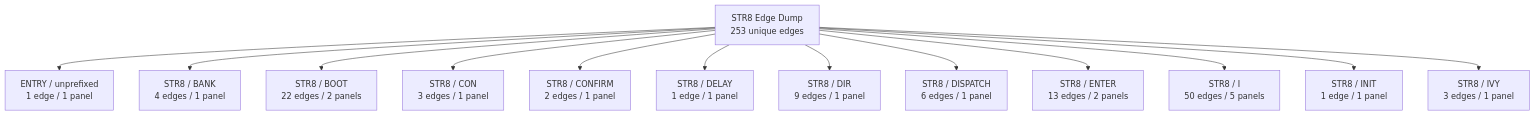
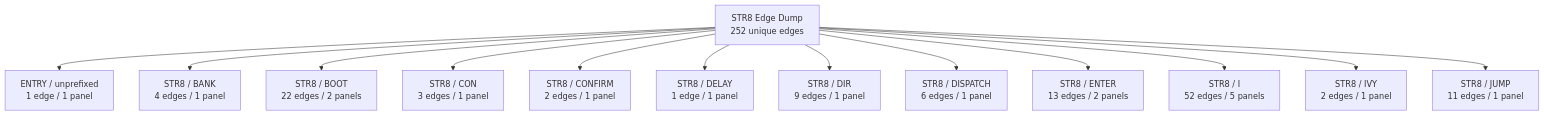
Before and after one commit to 95westus/R-YORS: the first of 42 diagrams in DOC/GUIDES/STR8/STR8_EDGE_DUMP.md, drawn with Mermaid. The commit also changed other lines of this file and 25 other files, not shown here.

````diff
--- a/DOC/GUIDES/STR8/STR8_EDGE_DUMP.md
+++ b/DOC/GUIDES/STR8/STR8_EDGE_DUMP.md
@@ -26,15 +26,15 @@
 ```mermaid
 flowchart TD
-    EDGE_ATLAS_ROOT_0["STR8 Edge Dump<br/>253 unique edges"] --> EDGE_FAMILY_0_0["ENTRY / unprefixed<br/>1 edge / 1 panel"]
-    EDGE_ATLAS_ROOT_0["STR8 Edge Dump<br/>253 unique edges"] --> EDGE_FAMILY_0_1["STR8 / BANK<br/>4 edges / 1 panel"]
-    EDGE_ATLAS_ROOT_0["STR8 Edge Dump<br/>253 unique edges"] --> EDGE_FAMILY_0_2["STR8 / BOOT<br/>22 edges / 2 panels"]
-    EDGE_ATLAS_ROOT_0["STR8 Edge Dump<br/>253 unique edges"] --> EDGE_FAMILY_0_3["STR8 / CON<br/>3 edges / 1 panel"]
-    EDGE_ATLAS_ROOT_0["STR8 Edge Dump<br/>253 unique edges"] --> EDGE_FAMILY_0_4["STR8 / CONFIRM<br/>2 edges / 1 panel"]
-    EDGE_ATLAS_ROOT_0["STR8 Edge Dump<br/>253 unique edges"] --> EDGE_FAMILY_0_5["STR8 / DELAY<br/>1 edge / 1 panel"]
-    EDGE_ATLAS_ROOT_0["STR8 Edge Dump<br/>253 unique edges"] --> EDGE_FAMILY_0_6["STR8 / DIR<br/>9 edges / 1 panel"]
-    EDGE_ATLAS_ROOT_0["STR8 Edge Dump<br/>253 unique edges"] --> EDGE_FAMILY_0_7["STR8 / DISPATCH<br/>6 edges / 1 panel"]
-    EDGE_ATLAS_ROOT_0["STR8 Edge Dump<br/>253 unique edges"] --> EDGE_FAMILY_0_8["STR8 / ENTER<br/>13 edges / 2 panels"]
-    EDGE_ATLAS_ROOT_0["STR8 Edge Dump<br/>253 unique edges"] --> EDGE_FAMILY_0_9["STR8 / I<br/>50 edges / 5 panels"]
-    EDGE_ATLAS_ROOT_0["STR8 Edge Dump<br/>253 unique edges"] --> EDGE_FAMILY_0_10["STR8 / INIT<br/>1 edge / 1 panel"]
-    EDGE_ATLAS_ROOT_0["STR8 Edge Dump<br/>253 unique edges"] --> EDGE_FAMILY_0_11["STR8 / IVY<br/>3 edges / 1 panel"]
+    EDGE_ATLAS_ROOT_0["STR8 Edge Dump<br/>252 unique edges"] --> EDGE_FAMILY_0_0["ENTRY / unprefixed<br/>1 edge / 1 panel"]
+    EDGE_ATLAS_ROOT_0["STR8 Edge Dump<br/>252 unique edges"] --> EDGE_FAMILY_0_1["STR8 / BANK<br/>4 edges / 1 panel"]
+    EDGE_ATLAS_ROOT_0["STR8 Edge Dump<br/>252 unique edges"] --> EDGE_FAMILY_0_2["STR8 / BOOT<br/>22 edges / 2 panels"]
+    EDGE_ATLAS_ROOT_0["STR8 Edge Dump<br/>252 unique edges"] --> EDGE_FAMILY_0_3["STR8 / CON<br/>3 edges / 1 panel"]
+    EDGE_ATLAS_ROOT_0["STR8 Edge Dump<br/>252 unique edges"] --> EDGE_FAMILY_0_4["STR8 / CONFIRM<br/>2 edges / 1 panel"]
+    EDGE_ATLAS_ROOT_0["STR8 Edge Dump<br/>252 unique edges"] --> EDGE_FAMILY_0_5["STR8 / DELAY<br/>1 edge / 1 panel"]
+    EDGE_ATLAS_ROOT_0["STR8 Edge Dump<br/>252 unique edges"] --> EDGE_FAMILY_0_6["STR8 / DIR<br/>9 edges / 1 panel"]
+    EDGE_ATLAS_ROOT_0["STR8 Edge Dump<br/>252 unique edges"] --> EDGE_FAMILY_0_7["STR8 / DISPATCH<br/>6 edges / 1 panel"]
+    EDGE_ATLAS_ROOT_0["STR8 Edge Dump<br/>252 unique edges"] --> EDGE_FAMILY_0_8["STR8 / ENTER<br/>13 edges / 2 panels"]
+    EDGE_ATLAS_ROOT_0["STR8 Edge Dump<br/>252 unique edges"] --> EDGE_FAMILY_0_9["STR8 / I<br/>52 edges / 5 panels"]
+    EDGE_ATLAS_ROOT_0["STR8 Edge Dump<br/>252 unique edges"] --> EDGE_FAMILY_0_10["STR8 / IVY<br/>2 edges / 1 panel"]
+    EDGE_ATLAS_ROOT_0["STR8 Edge Dump<br/>252 unique edges"] --> EDGE_FAMILY_0_11["STR8 / JUMP<br/>11 edges / 1 panel"]
 ```
````
